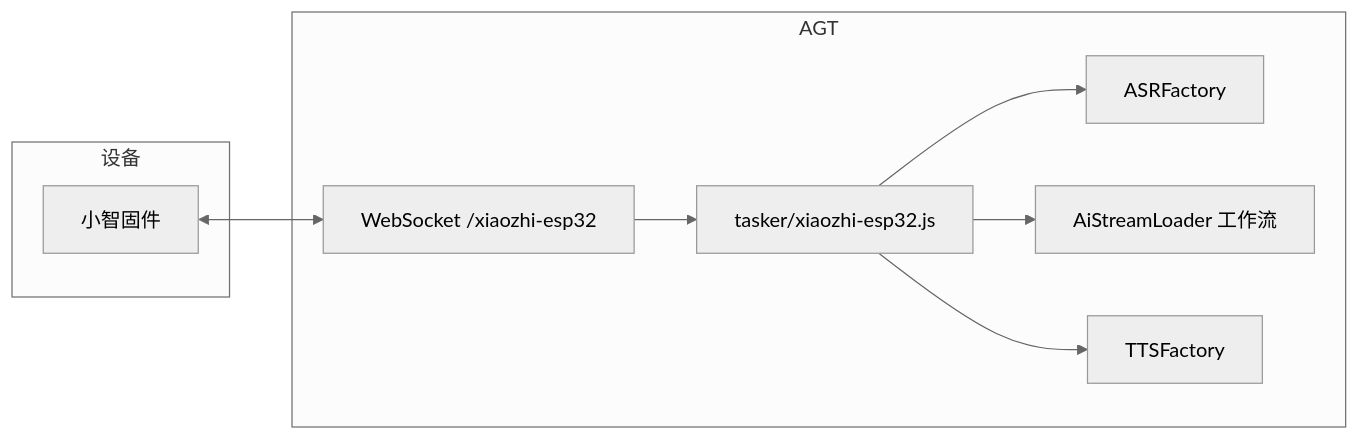
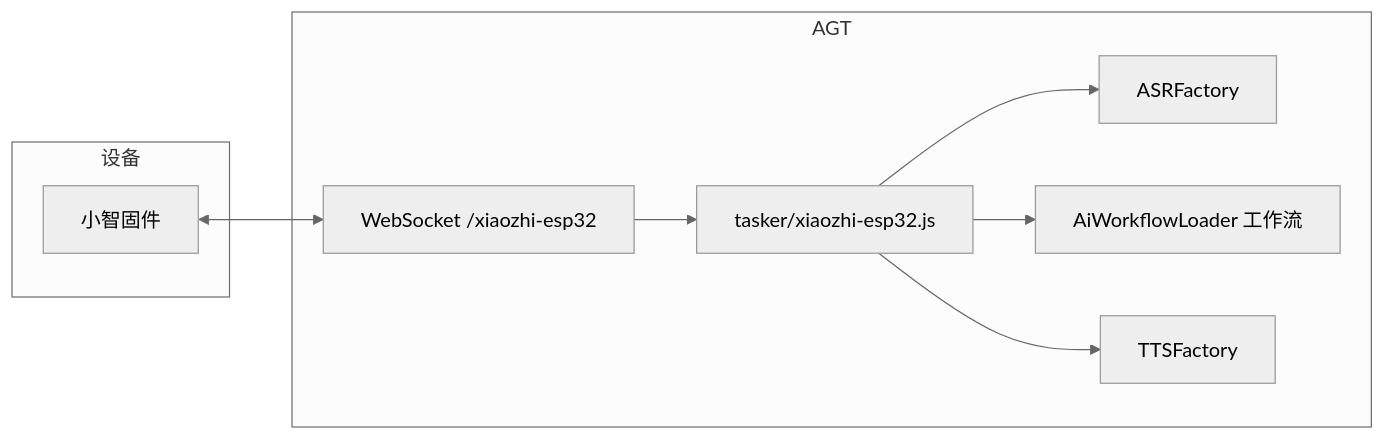
The first of 2 diagrams in README.md (sunflowermm/xiaozhi-Core), drawn with Mermaid (neutral theme) before and after one commit. The commit also changed other lines of this file and 3 other files, not shown here.

Commit message:
1）refactor: aistream/stream 硬切为 ai-workflow/workflow，统一 Runtime 与 Core 命名契约 2）refactor: 将 crawl 与通用工具下沉 src，使 system-Core 成为可复制的薄参考 Core 3）refactor: 修正部分底层谬误 [✏️ 3 修改] +11 -11 行

````diff
--- a/README.md
+++ b/README.md
@@ -64,18 +64,18 @@
 ```mermaid
 flowchart LR
   subgraph 设备
     ESP32[小智固件]
   end
   subgraph AGT
     WS[WebSocket /xiaozhi-esp32]
     Tasker[tasker/xiaozhi-esp32.js]
     ASR[ASRFactory]
-    LLM[AiStreamLoader 工作流]
+    LLM[AiWorkflowLoader 工作流]
     TTS[TTSFactory]
     WS --> Tasker
     Tasker --> ASR
     Tasker --> LLM
     Tasker --> TTS
   end
   ESP32 <--> WS
 ```
````
